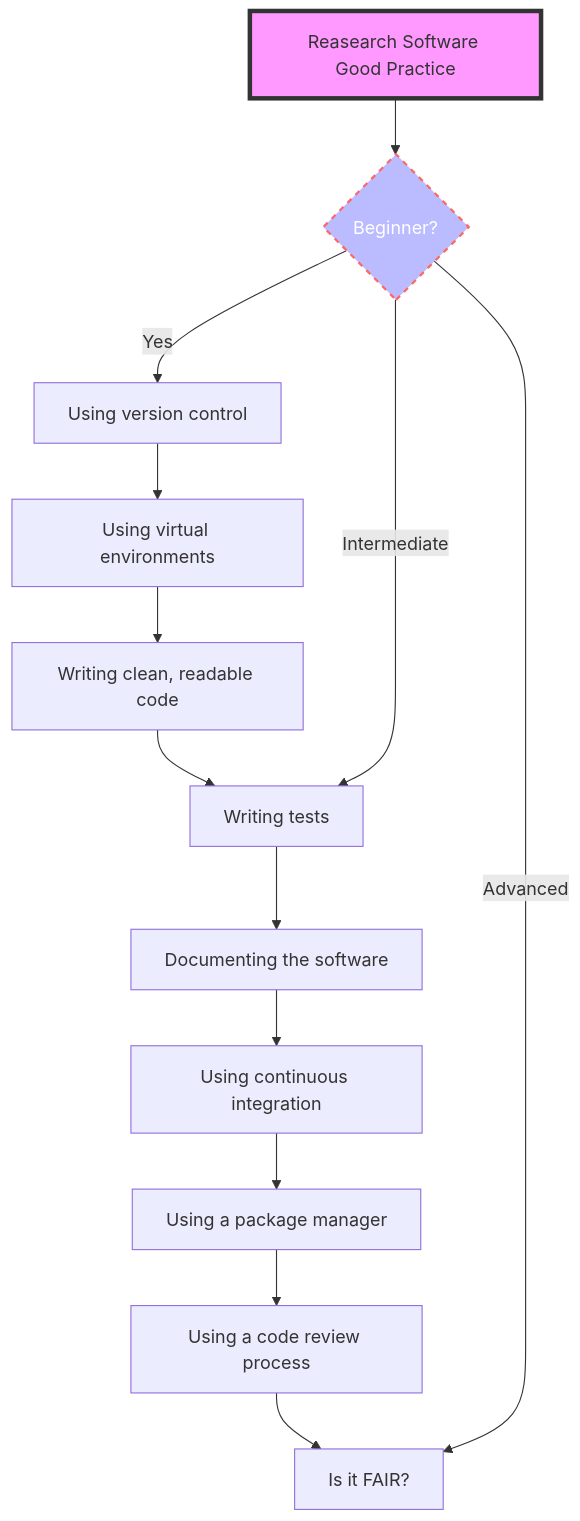
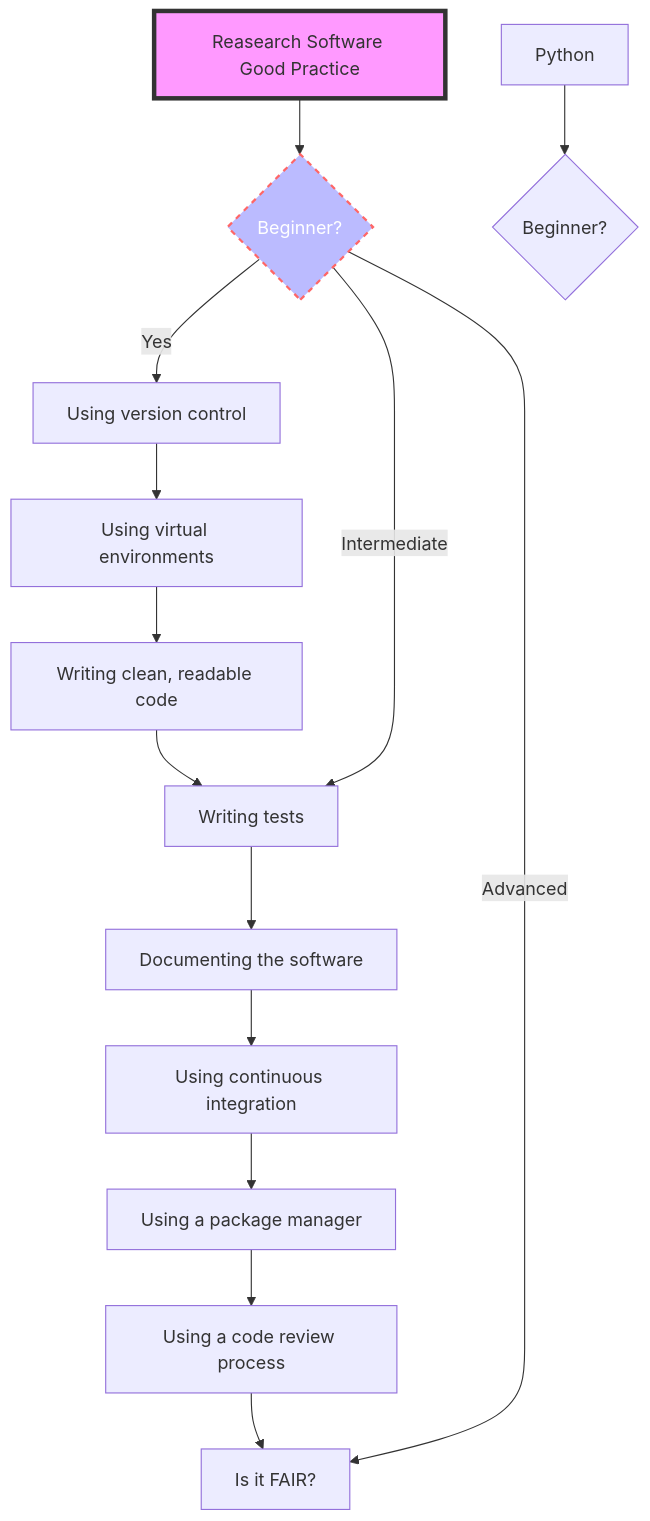
The diagram in docs/index.md (ICR-SC/good-practice), drawn with Mermaid before and after one commit. The commit also changed other lines of this file and 1 other file, not shown here.

````diff
--- a/docs/index.md
+++ b/docs/index.md
@@ -30,18 +6,19 @@
 ``` mermaid
 graph TD
   A[Reasearch Software Good Practice] --> B{Beginner?};
   B -->|Yes| C[Using version control];
   C --> D[Using virtual environments];
   D --> E[Writing clean, readable code];
   E --> F[Writing tests];
   B ---->|Intermediate| F;
   F --> G[Documenting the software];
   G --> H[Using continuous integration];
   H --> I[Using a package manager];
   I --> J[Using a code review process];
   J --> K[Is it FAIR?];
   B ---->|Advanced| K;
+  PA[Python] --> PB{Beginner?};
   click B "https://www.github.com" "This is a tooltip for a link"
   style A fill:#f9f,stroke:#333,stroke-width:4px
   style B fill:#bbf,stroke:#f66,stroke-width:2px,color:#fff,stroke-dasharray: 5 5
 ```
````
